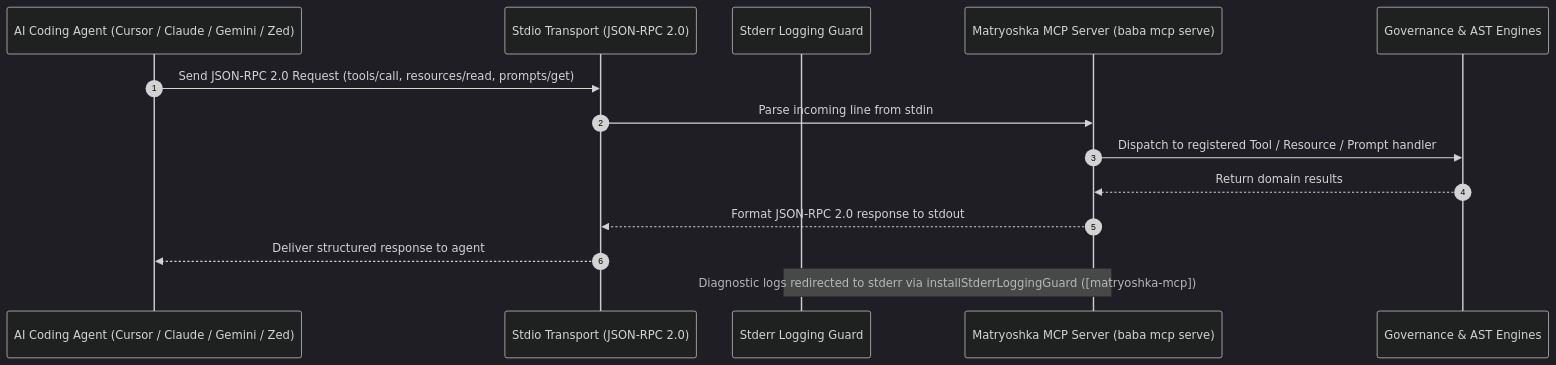
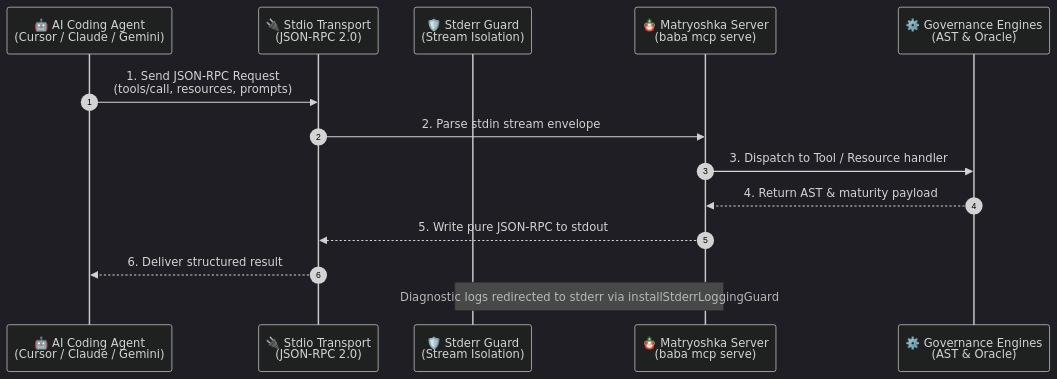
Before and after one commit to maiquelleonel/matryoshka-harness: the diagram in docs/guide/integrations/mcp-server.md, drawn with Mermaid (dark theme). The commit also changed 3 other files, not shown here.

Commit message:
feat(docs): add universal fullscreen modal zoom inspector for all mermaid diagrams

````diff
--- a/docs/guide/integrations/mcp-server.md
+++ b/docs/guide/integrations/mcp-server.md
@@ -25,17 +25,17 @@
 ```mermaid
 sequenceDiagram
   autonumber
-  participant Agent as AI Coding Agent (Cursor / Claude / Gemini / Zed)
-  participant Stdio as Stdio Transport (JSON-RPC 2.0)
-  participant Guard as Stderr Logging Guard
-  participant Server as Matryoshka MCP Server (baba mcp serve)
-  participant Engine as Governance & AST Engines
+  participant Agent as 🤖 AI Coding Agent<br/>(Cursor / Claude / Gemini)
+  participant Stdio as 🔌 Stdio Transport<br/>(JSON-RPC 2.0)
+  participant Guard as 🛡️ Stderr Guard<br/>(Stream Isolation)
+  participant Server as 🪆 Matryoshka Server<br/>(baba mcp serve)
+  participant Engine as ⚙️ Governance Engines<br/>(AST & Oracle)
 
-  Agent->>Stdio: Send JSON-RPC 2.0 Request (tools/call, resources/read, prompts/get)
-  Stdio->>Server: Parse incoming line from stdin
-  Server->>Engine: Dispatch to registered Tool / Resource / Prompt handler
-  Engine-->>Server: Return domain results
-  Server-->>Stdio: Format JSON-RPC 2.0 response to stdout
-  Stdio-->>Agent: Deliver structured response to agent
-  Note over Guard,Server: Diagnostic logs redirected to stderr via installStderrLoggingGuard ([matryoshka-mcp])
+  Agent->>Stdio: 1. Send JSON-RPC Request<br/>(tools/call, resources, prompts)
+  Stdio->>Server: 2. Parse stdin stream envelope
+  Server->>Engine: 3. Dispatch to Tool / Resource handler
+  Engine-->>Server: 4. Return AST & maturity payload
+  Server-->>Stdio: 5. Write pure JSON-RPC to stdout
+  Stdio-->>Agent: 6. Deliver structured result
+  Note over Guard,Server: Diagnostic logs redirected to stderr via installStderrLoggingGuard
 ```
````
